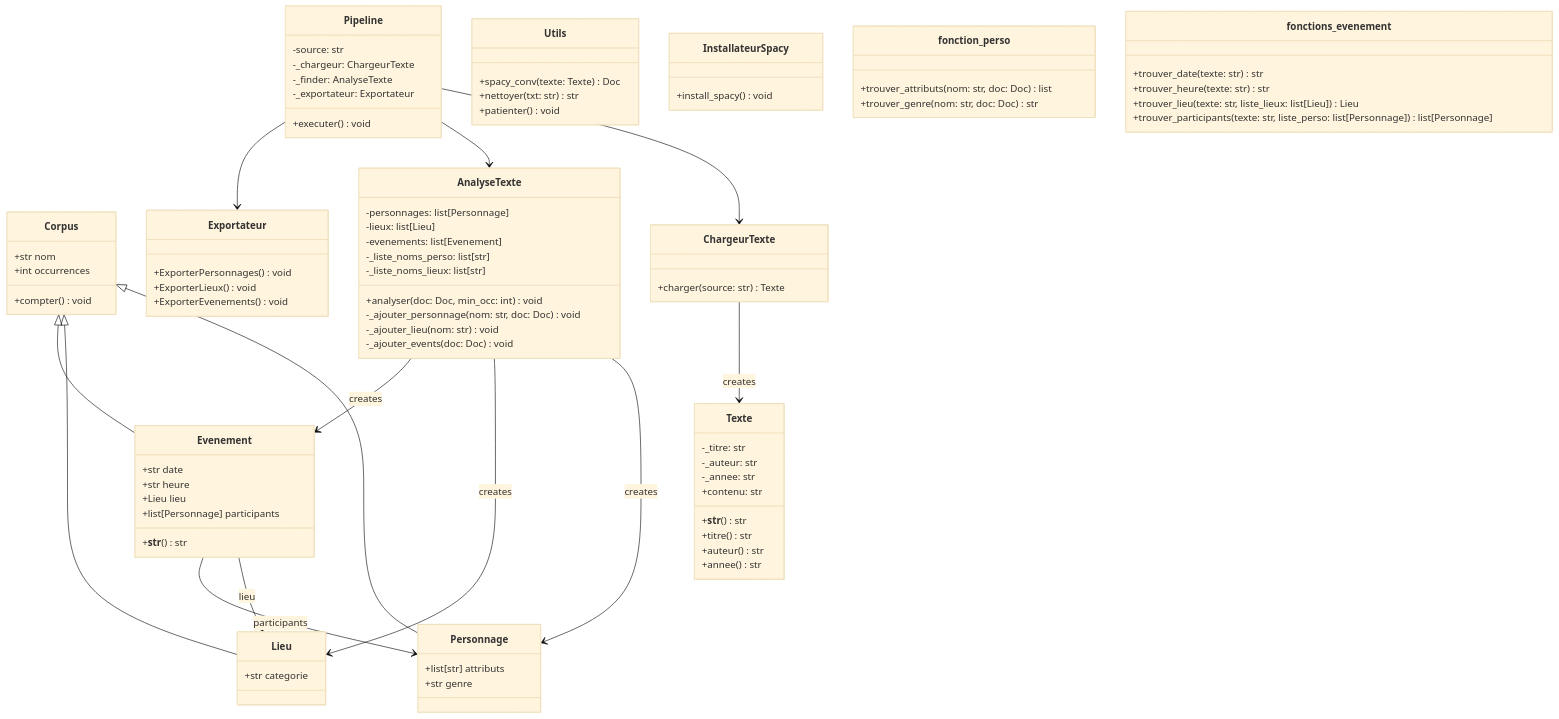
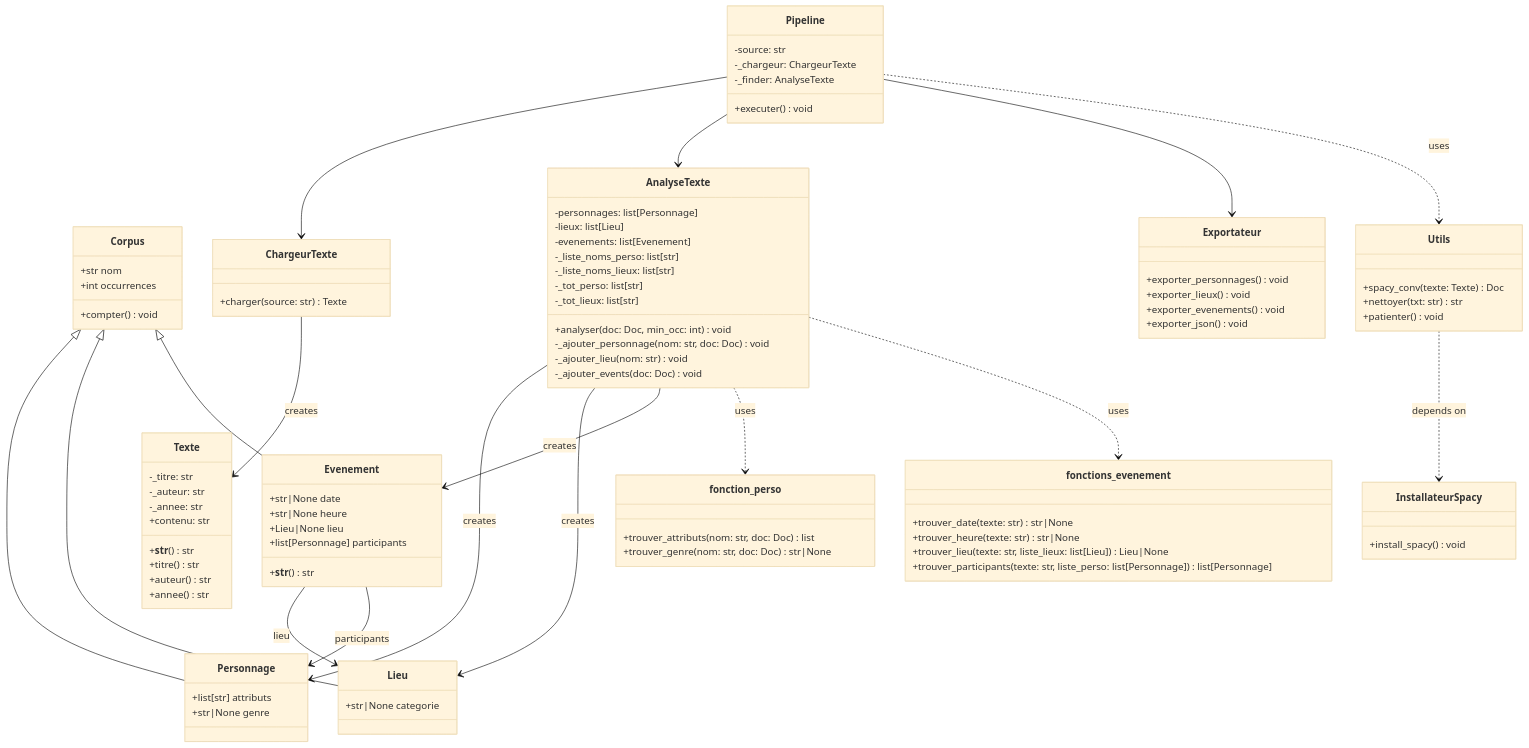
One commit to Gcapo55/projetPOO changed the first of 2 diagrams in README.md. Above: the diagram before and after it, drawn with Mermaid (base theme). The commit also changed other lines of this file and 3 other files, not shown here.

Commit message:
update des diagrammes Uml

````diff
--- a/README.md
+++ b/README.md
@@ -33,17 +33,17 @@
 
     class Personnage {
         +list[str] attributs
-        +str genre
+        +str|None genre
     }
 
     class Lieu {
-        +str categorie
+        +str|None categorie
     }
 
     class Evenement {
-        +str date
-        +str heure
-        +Lieu lieu
+        +str|None date
+        +str|None heure
+        +Lieu|None lieu
         +list[Personnage] participants
         +__str__() str
     }
@@ -77,6 +77,8 @@
         -evenements: list[Evenement]
         -_liste_noms_perso: list[str]
         -_liste_noms_lieux: list[str]
+        -_tot_perso: list[str]
+        -_tot_lieux: list[str]
         +analyser(doc: Doc, min_occ: int) void
         -_ajouter_personnage(nom: str, doc: Doc) void
         -_ajouter_lieu(nom: str) void
@@ -88,16 +90,16 @@
     AnalyseTexte --> Evenement : creates
 
     class Exportateur {
-        +ExporterPersonnages() void
-        +ExporterLieux() void
-        +ExporterEvenements() void
+        +exporter_personnages() void
+        +exporter_lieux() void
+        +exporter_evenements() void
+        +exporter_json() void
     }
 
     class Pipeline {
         -source: str
         -_chargeur: ChargeurTexte
         -_finder: AnalyseTexte
-        -_exportateur: Exportateur
         +executer() void
     }
 
@@ -117,13 +119,18 @@
 
     class fonction_perso {
         +trouver_attributs(nom: str, doc: Doc) list
-        +trouver_genre(nom: str, doc: Doc) str
+        +trouver_genre(nom: str, doc: Doc) str|None
     }
 
     class fonctions_evenement {
-        +trouver_date(texte: str) str
-        +trouver_heure(texte: str) str
-        +trouver_lieu(texte: str, liste_lieux: list[Lieu]) Lieu
+        +trouver_date(texte: str) str|None
+        +trouver_heure(texte: str) str|None
+        +trouver_lieu(texte: str, liste_lieux: list[Lieu]) Lieu|None
         +trouver_participants(texte: str, liste_perso: list[Personnage]) list[Personnage]
     }
+
+    AnalyseTexte ..> fonction_perso : uses
+    AnalyseTexte ..> fonctions_evenement : uses
+    Pipeline ..> Utils : uses
+    Utils ..> InstallateurSpacy : depends on
 ```
````
